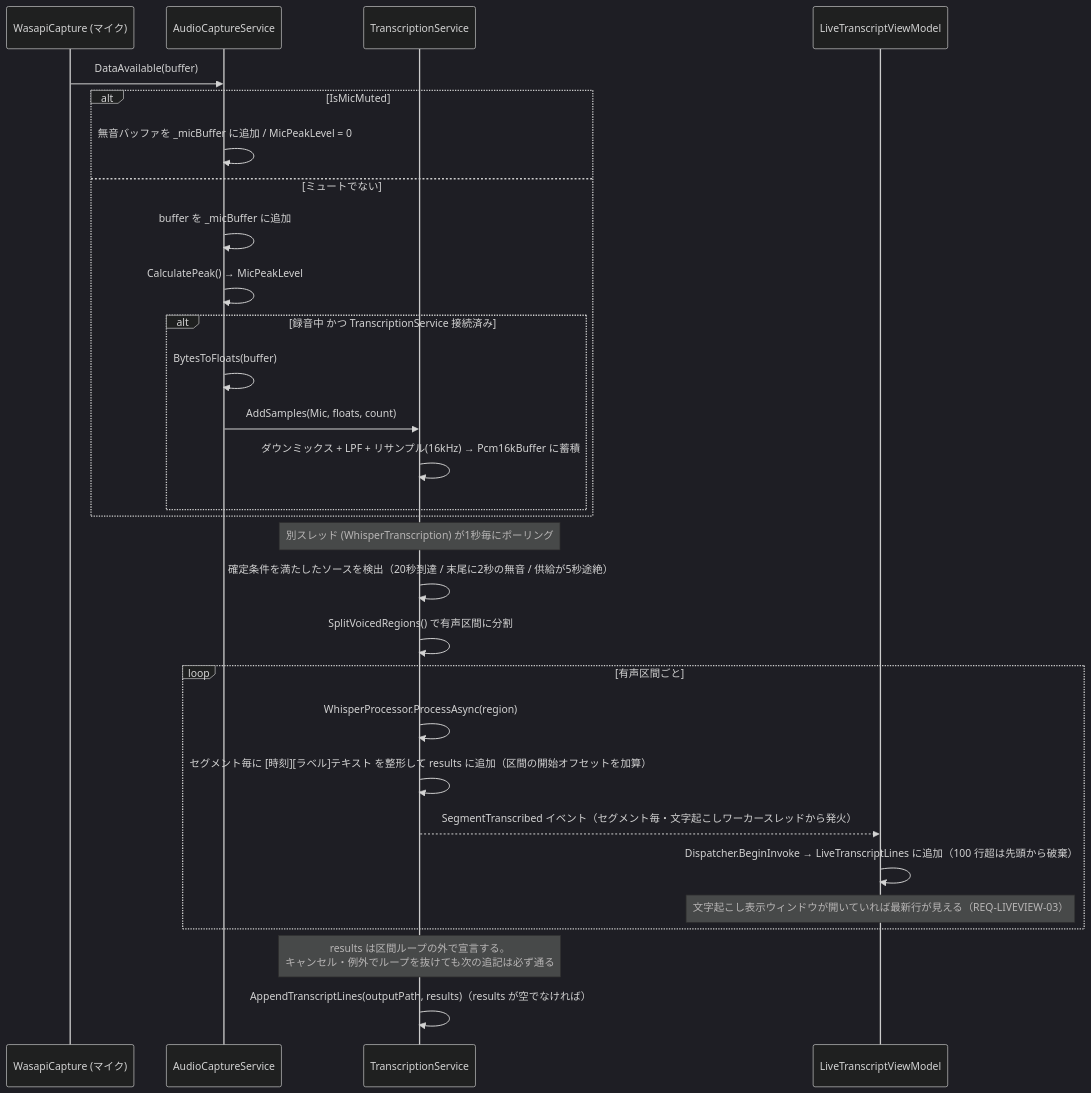
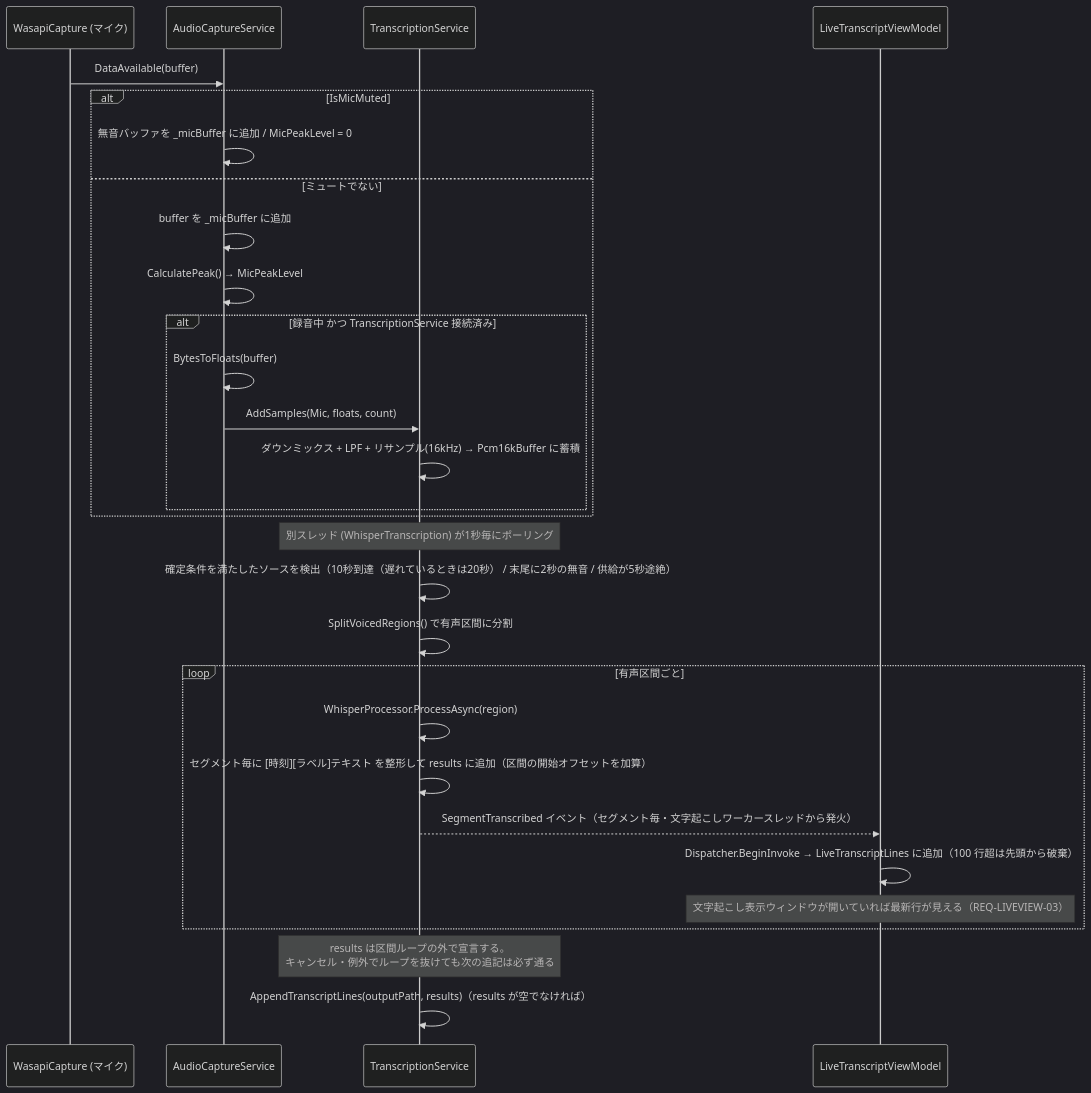
The third of 9 diagrams in docs/spec/04_sequence_diagram.md (otomac/audio-capture-app), drawn with Mermaid (dark theme) before and after one commit. The commit also changed 6 other files, not shown here.

````diff
--- a/docs/spec/04_sequence_diagram.md
+++ b/docs/spec/04_sequence_diagram.md
@@ -85,33 +85,33 @@
 ```mermaid
 sequenceDiagram
     participant Mic as WasapiCapture (マイク)
     participant ACS as AudioCaptureService
     participant TS as TranscriptionService
     participant LTVM as LiveTranscriptViewModel
 
     Mic->>ACS: DataAvailable(buffer)
     alt IsMicMuted
         ACS->>ACS: 無音バッファを _micBuffer に追加 / MicPeakLevel = 0
     else ミュートでない
         ACS->>ACS: buffer を _micBuffer に追加
         ACS->>ACS: CalculatePeak() → MicPeakLevel
         alt 録音中 かつ TranscriptionService 接続済み
             ACS->>ACS: BytesToFloats(buffer)
             ACS->>TS: AddSamples(Mic, floats, count)
             TS->>TS: ダウンミックス + LPF + リサンプル(16kHz) → Pcm16kBuffer に蓄積
         end
     end
 
     Note over TS: 別スレッド (WhisperTranscription) が1秒毎にポーリング
-    TS->>TS: 確定条件を満たしたソースを検出（20秒到達 / 末尾に2秒の無音 / 供給が5秒途絶）
+    TS->>TS: 確定条件を満たしたソースを検出（10秒到達（遅れているときは20秒） / 末尾に2秒の無音 / 供給が5秒途絶）
     TS->>TS: SplitVoicedRegions() で有声区間に分割
     loop 有声区間ごと
         TS->>TS: WhisperProcessor.ProcessAsync(region)
         TS->>TS: セグメント毎に [時刻][ラベル]テキスト を整形して results に追加（区間の開始オフセットを加算）
         TS-->>LTVM: SegmentTranscribed イベント（セグメント毎・文字起こしワーカースレッドから発火）
         LTVM->>LTVM: Dispatcher.BeginInvoke → LiveTranscriptLines に追加（100 行超は先頭から破棄）
         Note over LTVM: 文字起こし表示ウィンドウが開いていれば最新行が見える（REQ-LIVEVIEW-03）
     end
     Note over TS: results は区間ループの外で宣言する。<br/>キャンセル・例外でループを抜けても次の追記は必ず通る
     TS->>TS: AppendTranscriptLines(outputPath, results)（results が空でなければ）
 ```
````
